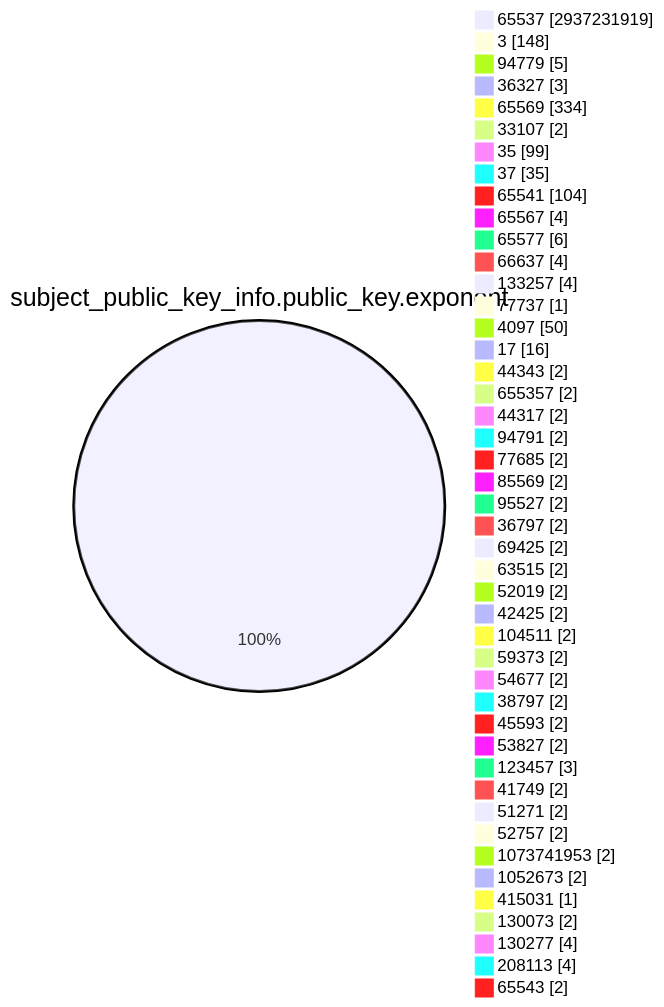
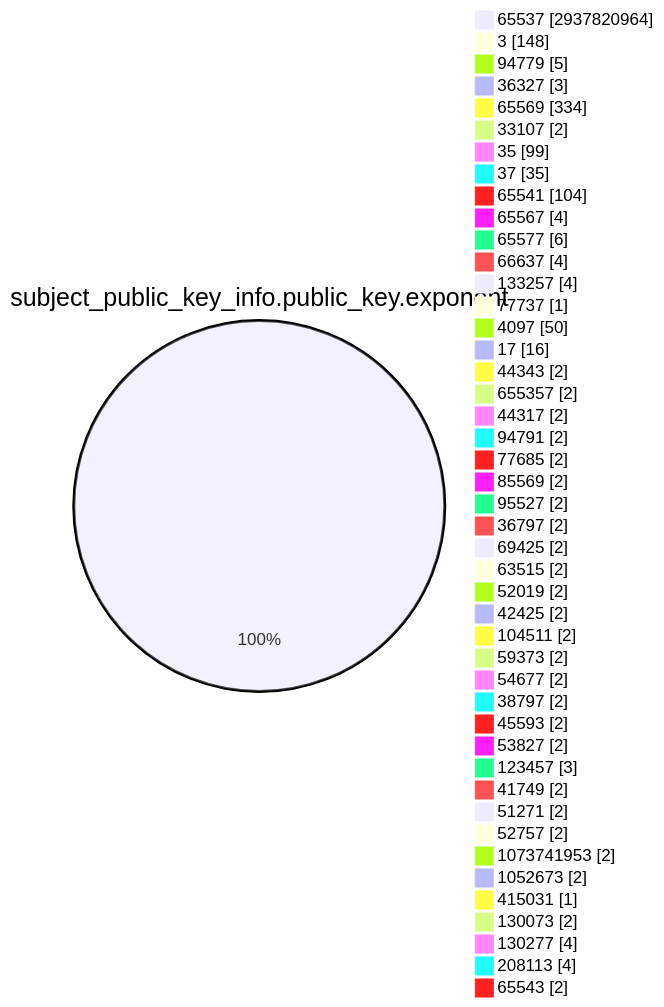
One commit to christiankrug/ctmonitor_visualization changed the fourth of 15 diagrams in TOTAL/README.md. Above: the diagram before and after it, drawn with Mermaid. The commit also changed other lines of this file, not shown here.

````diff
--- a/TOTAL/README.md
+++ b/TOTAL/README.md
@@ -1470,49 +1470,49 @@
 ```mermaid
 pie showData
 title subject_public_key_info.public_key.exponent
-"65537" :2937231919
+"65537" :2937820964
 "3" :148
 "94779" :5
 "36327" :3
 "65569" :334
 "33107" :2
 "35" :99
 "37" :35
 "65541" :104
 "65567" :4
 "65577" :6
 "66637" :4
 "133257" :4
 "77737" :1
 "4097" :50
 "17" :16
 "44343" :2
 "655357" :2
 "44317" :2
 "94791" :2
 "77685" :2
 "85569" :2
 "95527" :2
 "36797" :2
 "69425" :2
 "63515" :2
 "52019" :2
 "42425" :2
 "104511" :2
 "59373" :2
 "54677" :2
 "38797" :2
 "45593" :2
 "53827" :2
 "123457" :3
 "41749" :2
 "51271" :2
 "52757" :2
 "1073741953" :2
 "1052673" :2
 "415031" :1
 "130073" :2
 "130277" :4
 "208113" :4
 "65543" :2
 ```
````
